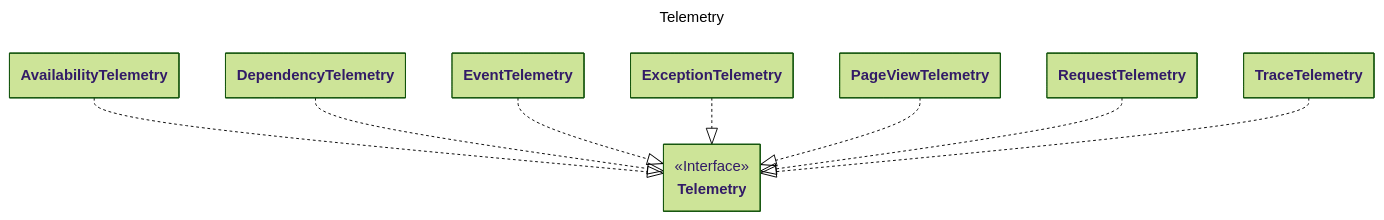
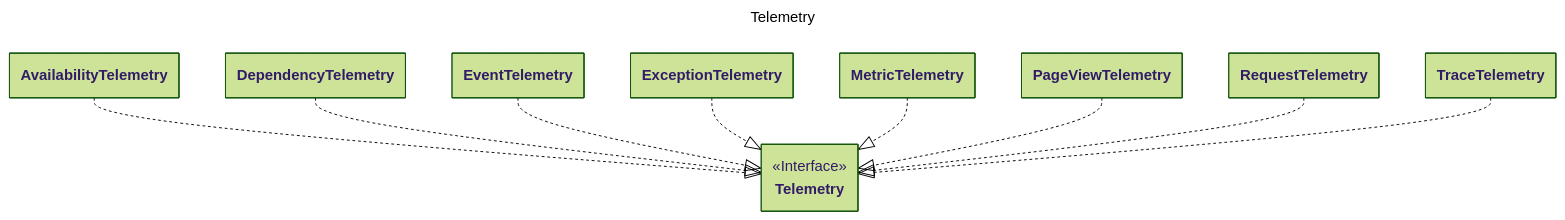
One commit to stas-sultanov/azure-monitor-telemetry-draft changed the diagram in readme.md. Above: the diagram before and after it, drawn with Mermaid (forest theme). The commit also changed other lines of this file and 25 other files, not shown here.

````diff
--- a/readme.md
+++ b/readme.md
@@ -16,48 +28,58 @@
 ```mermaid
 ---
-title: Telemetry
 config:
     class:
         hideEmptyMembersBox: true
+title: Telemetry
 ---
 classDiagram
     direction TB
 
     class Telemetry {
         <<Interface>>
     }
 
     class AvailabilityTelemetry {
     }
 
     class DependencyTelemetry {
     }
 
     class EventTelemetry {
     }
 
     class ExceptionTelemetry {
     }
 
+    class MetricTelemetry {
+    }
+
     class PageViewTelemetry {
     }
 
     class RequestTelemetry {
     }
 
     class TraceTelemetry {
     }
 
     AvailabilityTelemetry ..|> Telemetry
     DependencyTelemetry ..|> Telemetry
     EventTelemetry ..|> Telemetry
     ExceptionTelemetry ..|> Telemetry
+    MetricTelemetry ..|> Telemetry
     PageViewTelemetry ..|> Telemetry
     RequestTelemetry ..|> Telemetry
     TraceTelemetry ..|> Telemetry
 
-    click Telemetry href "https://github.com/stas-sultanov/azure-monitor-telemetry/blob/dev/src/Code/Telemetry.cs" "Telemetry"
-    click AvailabilityTelemetry href "../src/Code/AvailabilityTelemetry.cs" "AvailabilityTelemetry"
-    click DependencyTelemetry href "../../blob/src/Code/AvailabilityTelemetry.cs" "DependencyTelemetry"
+    click Telemetry href "https://github.com/stas-sultanov/azure-monitor-telemetry/blob/main/src/Code/Telemetry.cs" "Telemetry"
+    click AvailabilityTelemetry href "https://github.com/stas-sultanov/azure-monitor-telemetry/blob/main/src/Code/Types/AvailabilityTelemetry.cs" "AvailabilityTelemetry"
+    click DependencyTelemetry href "https://github.com/stas-sultanov/azure-monitor-telemetry/blob/main/src/Code/Types/DependencyTelemetry.cs" "DependencyTelemetry"
+    click EventTelemetry href "https://github.com/stas-sultanov/azure-monitor-telemetry/blob/main/src/Code/Types/EventTelemetry.cs" "EventTelemetry"
+    click ExceptionTelemetry href "https://github.com/stas-sultanov/azure-monitor-telemetry/blob/main/src/Code/Types/ExceptionTelemetry.cs" "ExceptionTelemetry"
+    click MetricTelemetry href "https://github.com/stas-sultanov/azure-monitor-telemetry/blob/main/src/Code/Types/MetricTelemetry.cs" "MetricTelemetry"
+    click PageViewTelemetry href "https://github.com/stas-sultanov/azure-monitor-telemetry/blob/main/src/Code/Types/PageViewTelemetry.cs" "PageViewTelemetry"
+    click RequestTelemetry href "https://github.com/stas-sultanov/azure-monitor-telemetry/blob/main/src/Code/Types/RequestTelemetry.cs" "RequestTelemetry"
+    click TraceTelemetry href "https://github.com/stas-sultanov/azure-monitor-telemetry/blob/main/src/Code/Types/TraceTelemetry.cs" "TraceTelemetry"
 
 ```
````
